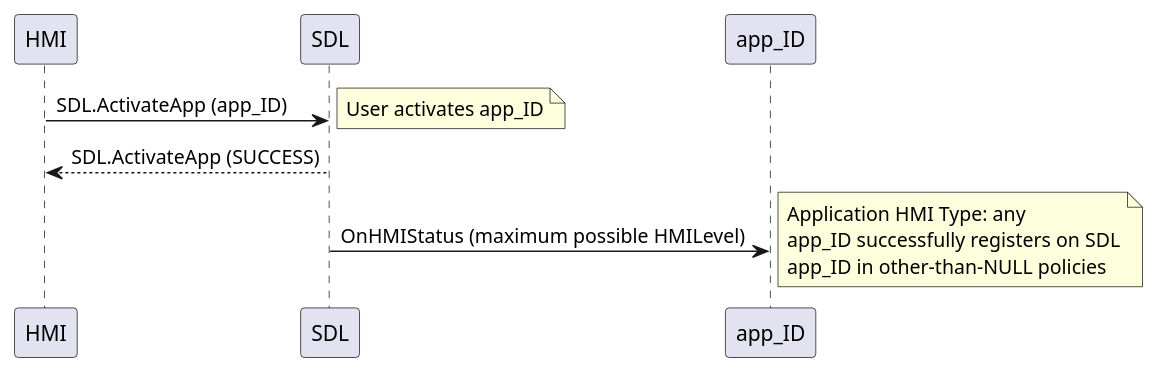
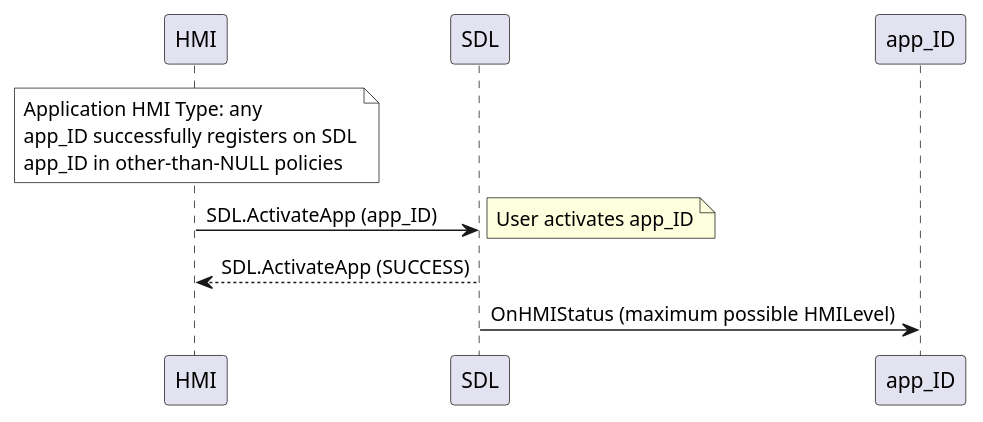
The diagram in docs/use_cases/activate_application/assets/activate_app_main_flow.puml (ovvasyliev/sdl_core), drawn with PlantUML before and after one commit.

```diff
--- a/docs/use_cases/activate_application/assets/activate_app_main_flow.puml
+++ b/docs/use_cases/activate_application/assets/activate_app_main_flow.puml
@@ -1,11 +1,7 @@
 @startuml
+note over HMI #ffffff:	Application HMI Type: any\napp_ID successfully registers on SDL\napp_ID in other-than-NULL policies
 HMI -> SDL: SDL.ActivateApp (app_ID)
 note right: User activates app_ID
 SDL ---> HMI: SDL.ActivateApp (SUCCESS)  
 SDL -> app_ID: OnHMIStatus (maximum possible HMILevel)
-note right
-	Application HMI Type: any 
-	app_ID successfully registers on SDL
-	app_ID in other-than-NULL policies
-end note
 @enduml
```
